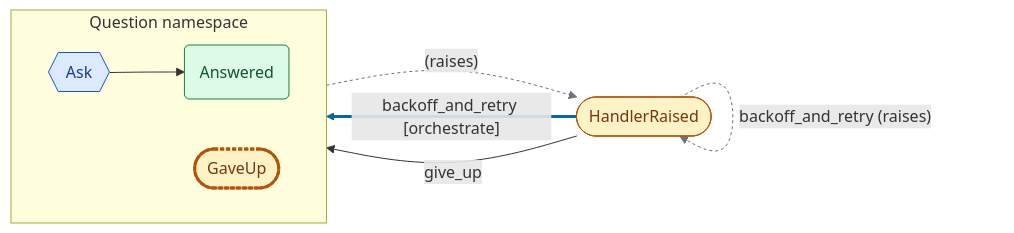
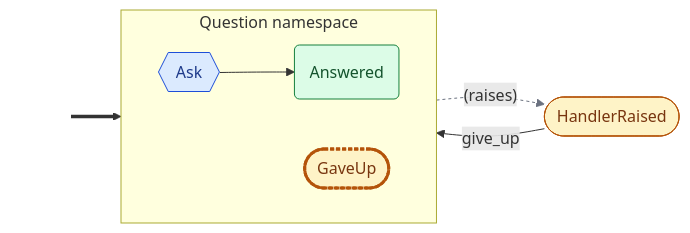
The eighth of 8 diagrams in docs/patterns.md (cadance-io/langgraph-events), drawn with Mermaid before and after one commit. The commit also changed other lines of this file and 19 other files, not shown here.

````diff
--- a/docs/patterns.md
+++ b/docs/patterns.md
@@ -438,24 +438,22 @@
     ```mermaid
     graph LR
         classDef entry fill:none,stroke:none,color:none
         classDef cmd fill:#dbeafe,stroke:#1d4ed8,color:#1e3a8a
         classDef devt fill:#dcfce7,stroke:#15803d,color:#14532d
         classDef intg fill:#ede9fe,stroke:#6d28d9,color:#4c1d95
         classDef syst fill:#fef3c7,stroke:#b45309,color:#78350f
         classDef halt fill:#fef3c7,stroke:#b45309,color:#78350f,stroke-width:3px,stroke-dasharray:4 2
         classDef inv fill:#ffedd5,stroke:#c2410c,color:#7c2d12
         subgraph Question["Question namespace"]
             direction LR
             Answered(Answered):::devt
             Ask{{Ask}}:::cmd
             GaveUp([GaveUp]):::halt
         end
         HandlerRaised([HandlerRaised]):::syst
+        _e0_[ ]:::entry ==> Ask
         Ask -.->|"(raises)"| HandlerRaised
         Ask --> Answered
-        HandlerRaised -.->|"backoff_and_retry (raises)"| HandlerRaised
-        HandlerRaised -->|"backoff_and_retry [orchestrate]"| Ask
         HandlerRaised -->|give_up| GaveUp
-        linkStyle 0,2 stroke:#6b7280,stroke-dasharray:3 3
-        linkStyle 3 stroke:#0369a1,stroke-width:3px
+        linkStyle 1 stroke:#6b7280,stroke-dasharray:3 3
     ```
````
